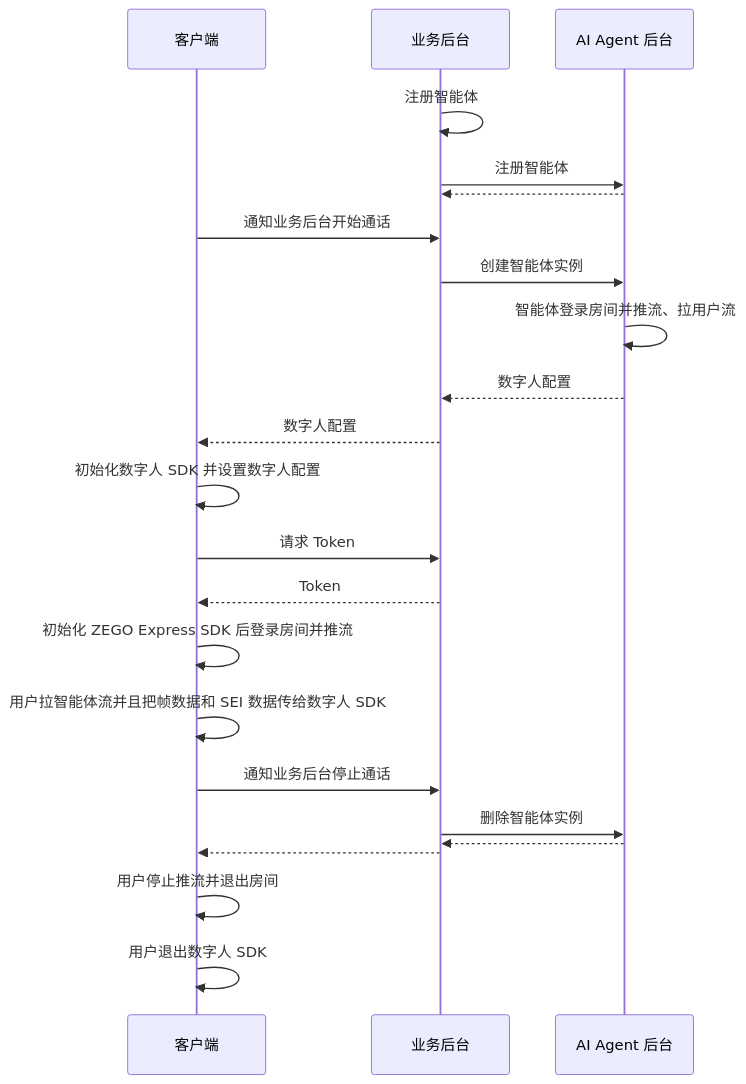
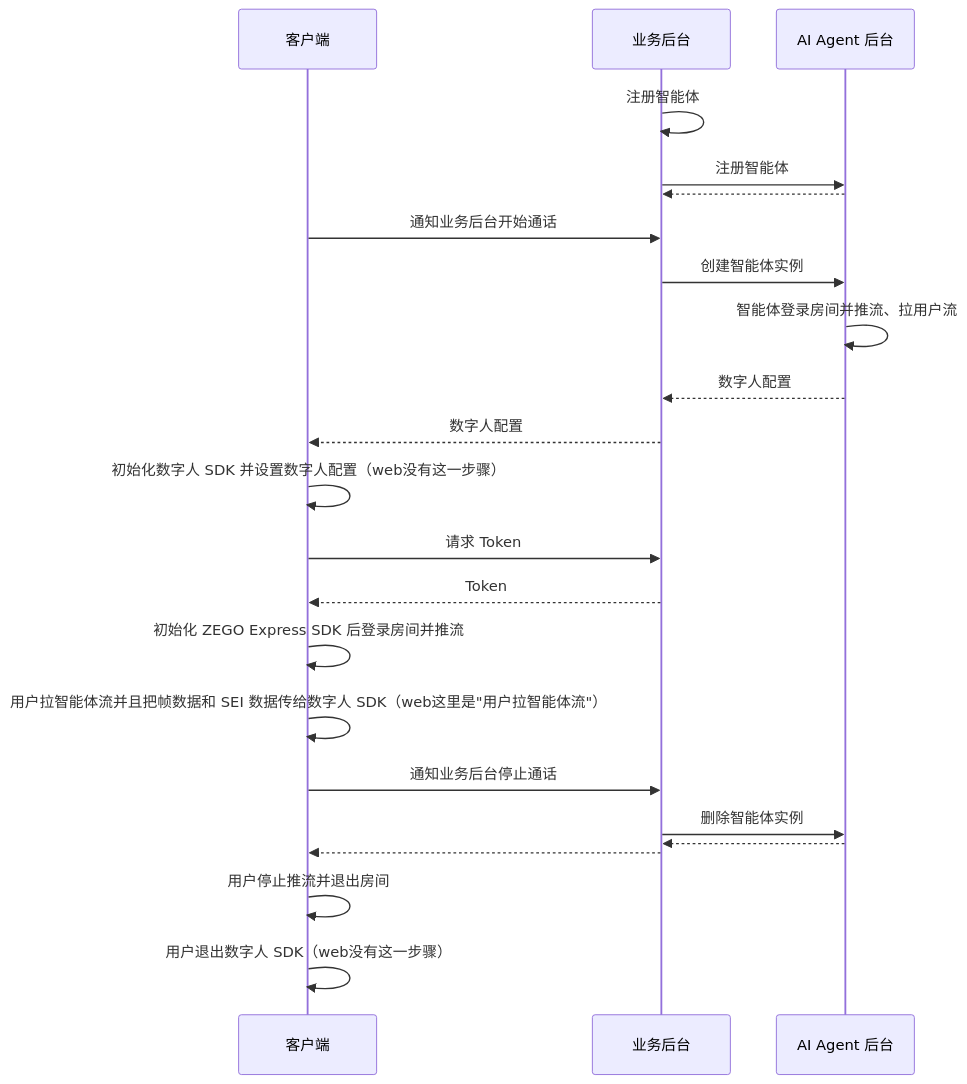
Before and after one commit to ZEGOCLOUD/docs_all: the diagram in core_products/aiagent/zh/android/quick-start-with-digital-human.mdx, drawn with Mermaid. The commit also changed other lines of this file and 1 other file, not shown here.

````diff
--- a/core_products/aiagent/zh/android/quick-start-with-digital-human.mdx
+++ b/core_products/aiagent/zh/android/quick-start-with-digital-human.mdx
@@ -66,33 +72,33 @@
 ```mermaid
 sequenceDiagram
     participant 客户端
     participant 业务后台
     participant AI Agent 后台
     
     业务后台->>业务后台: 注册智能体
     业务后台->>AI Agent 后台: 注册智能体
     AI Agent 后台-->>业务后台: 
 
     客户端->>业务后台: 通知业务后台开始通话
     业务后台->>AI Agent 后台: 创建智能体实例
     AI Agent 后台->>AI Agent 后台: 智能体登录房间并推流、拉用户流
     AI Agent 后台-->>业务后台: 数字人配置
     业务后台-->>客户端: 数字人配置
 
-    客户端->>客户端: 初始化数字人 SDK 并设置数字人配置
+    客户端->>客户端: 初始化数字人 SDK 并设置数字人配置（web没有这一步骤）
 
     客户端->>业务后台: 请求 Token
     业务后台-->>客户端: Token
     
     客户端->>客户端: 初始化 ZEGO Express SDK 后登录房间并推流
     
-    客户端->>客户端: 用户拉智能体流并且把帧数据和 SEI 数据传给数字人 SDK
+    客户端->>客户端: 用户拉智能体流并且把帧数据和 SEI 数据传给数字人 SDK（web这里是"用户拉智能体流"）
     
     客户端->>业务后台: 通知业务后台停止通话
     业务后台->>AI Agent 后台: 删除智能体实例
     AI Agent 后台-->>业务后台: 
     业务后台-->>客户端: 
     
     客户端->>客户端: 用户停止推流并退出房间
-    客户端->>客户端: 用户退出数字人 SDK
+    客户端->>客户端: 用户退出数字人 SDK（web没有这一步骤）
 ```
````
